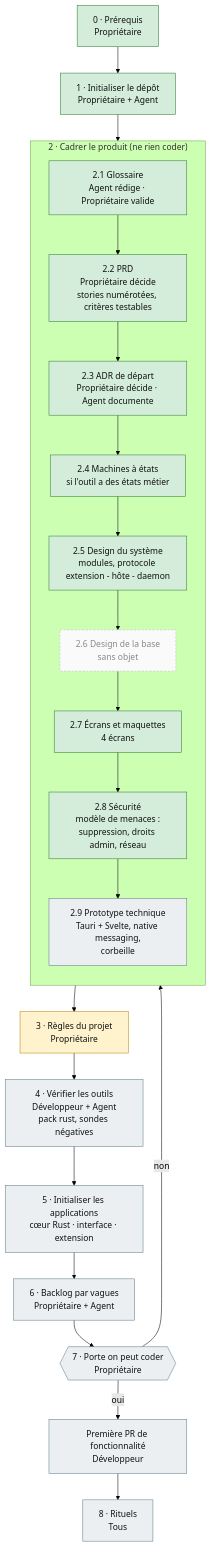
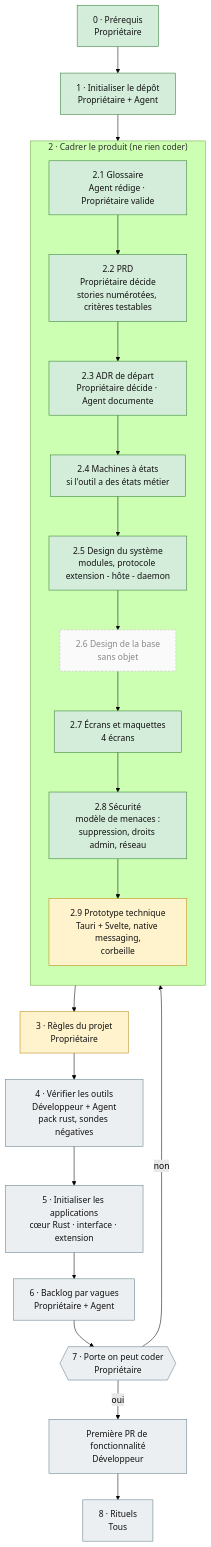
Before and after one commit to AresGn/Breathly: the diagram in docs/parcours.md, drawn with Mermaid (forest theme). The commit also changed other lines of this file and 16 other files, not shown here.

````diff
--- a/docs/parcours.md
+++ b/docs/parcours.md
@@ -21,35 +21,36 @@
 ```mermaid
 flowchart TD
     A0["0 · Prérequis<br/>Propriétaire"] --> A1["1 · Initialiser le dépôt<br/>Propriétaire + Agent"]
     A1 --> B
 
     subgraph B["2 · Cadrer le produit (ne rien coder)"]
         direction TB
         B1["2.1 Glossaire<br/>Agent rédige · Propriétaire valide"] --> B2["2.2 PRD<br/>Propriétaire décide<br/>stories numérotées, critères testables"]
         B2 --> B3["2.3 ADR de départ<br/>Propriétaire décide · Agent documente"]
         B3 --> B4["2.4 Machines à états<br/>si l'outil a des états métier"]
         B4 --> B5["2.5 Design du système<br/>modules, protocole extension - hôte - daemon"]
         B5 --> B6["2.6 Design de la base<br/>sans objet"]
         B6 --> B7["2.7 Écrans et maquettes<br/>4 écrans"]
         B7 --> B8["2.8 Sécurité<br/>modèle de menaces :<br/>suppression, droits admin, réseau"]
         B8 --> B9["2.9 Prototype technique<br/>Tauri + Svelte, native messaging,<br/>corbeille"]
     end
 
     B --> C["3 · Règles du projet<br/>Propriétaire"]
     C --> D["4 · Vérifier les outils<br/>Développeur + Agent<br/>pack rust, sondes négatives"]
     D --> E["5 · Initialiser les applications<br/>cœur Rust · interface · extension"]
     E --> F["6 · Backlog par vagues<br/>Propriétaire + Agent"]
     F --> G{{"7 · Porte on peut coder<br/>Propriétaire"}}
     G -- non --> B
     G -- oui --> H["Première PR de fonctionnalité<br/>Développeur"]
     H --> I["8 · Rituels<br/>Tous"]
 
     classDef done fill:#d4edda,stroke:#2e7d32,color:#111
     classDef progress fill:#fff3cd,stroke:#b8860b,color:#111
     classDef todo fill:#eceff1,stroke:#607d8b,color:#111
     classDef na fill:#fafafa,stroke:#bbb,stroke-dasharray: 4 3,color:#888
     class A0,A1,B1,B2,B3,B4,B5,B7,B8 done
     class C progress
-    class B9,D,E,F,G,H,I todo
+    class D,E,F,G,H,I todo
+    class B9 progress
     class B6 na
 ```
````
